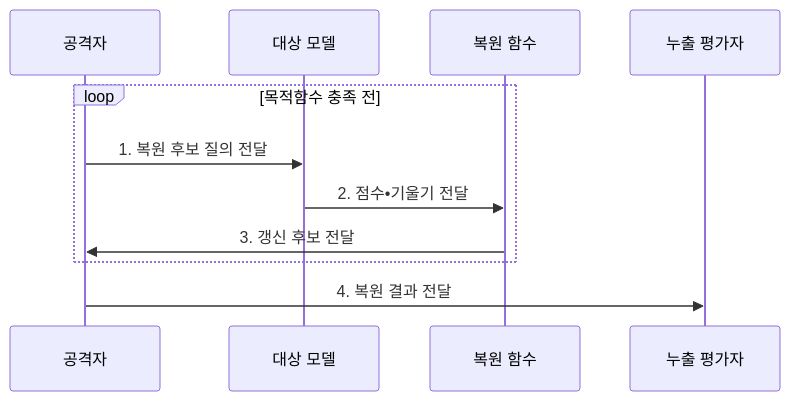
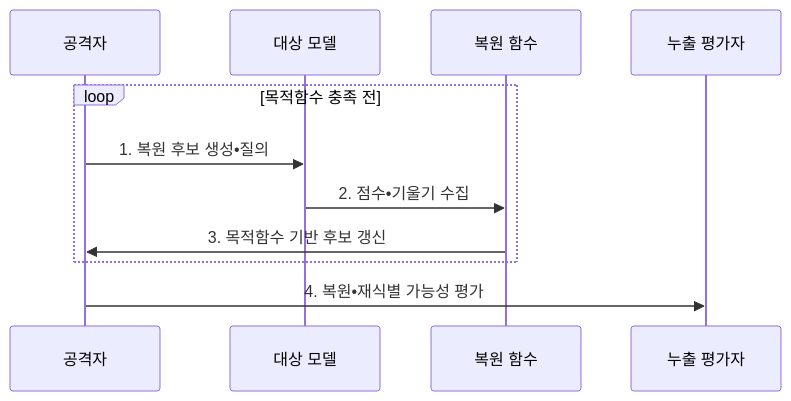
Before and after one commit to agnusdei1207/knowledge-base: the second of 2 diagrams in src/content/docs/notes/08-latest-tech/120_model_inversion.md, drawn with Mermaid. The commit also changed other lines of this file and 15 other files, not shown here.

````diff
--- a/src/content/docs/notes/08-latest-tech/120_model_inversion.md
+++ b/src/content/docs/notes/08-latest-tech/120_model_inversion.md
@@ -103,13 +103,13 @@
 ```mermaid
 sequenceDiagram
     participant A as 공격자
     participant M as 대상 모델
     participant F as 복원 함수
     participant E as 누출 평가자
     loop 목적함수 충족 전
-        A->>M: 1. 복원 후보 질의 전달
-        M->>F: 2. 점수•기울기 전달
-        F->>A: 3. 갱신 후보 전달
+        A->>M: 1. 복원 후보 생성•질의
+        M->>F: 2. 점수•기울기 수집
+        F->>A: 3. 목적함수 기반 후보 갱신
     end
-    A->>E: 4. 복원 결과 전달
+    A->>E: 4. 복원•재식별 가능성 평가
 ```
````
